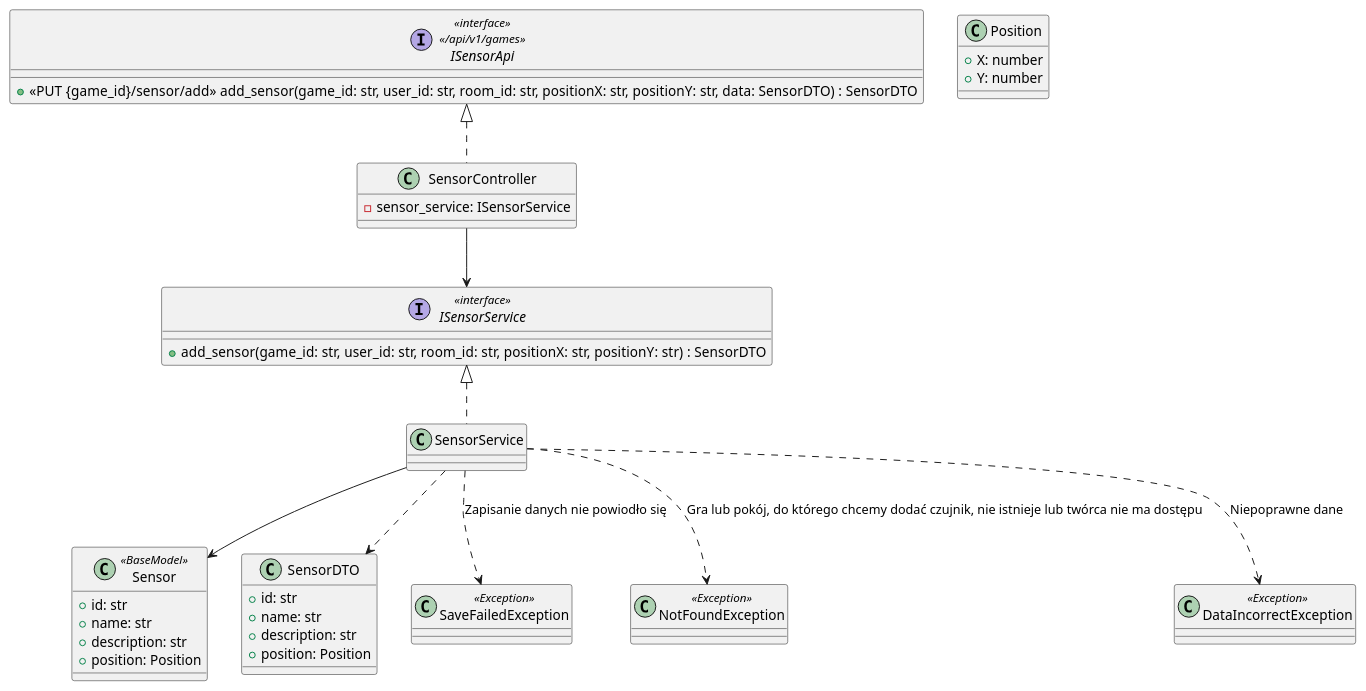
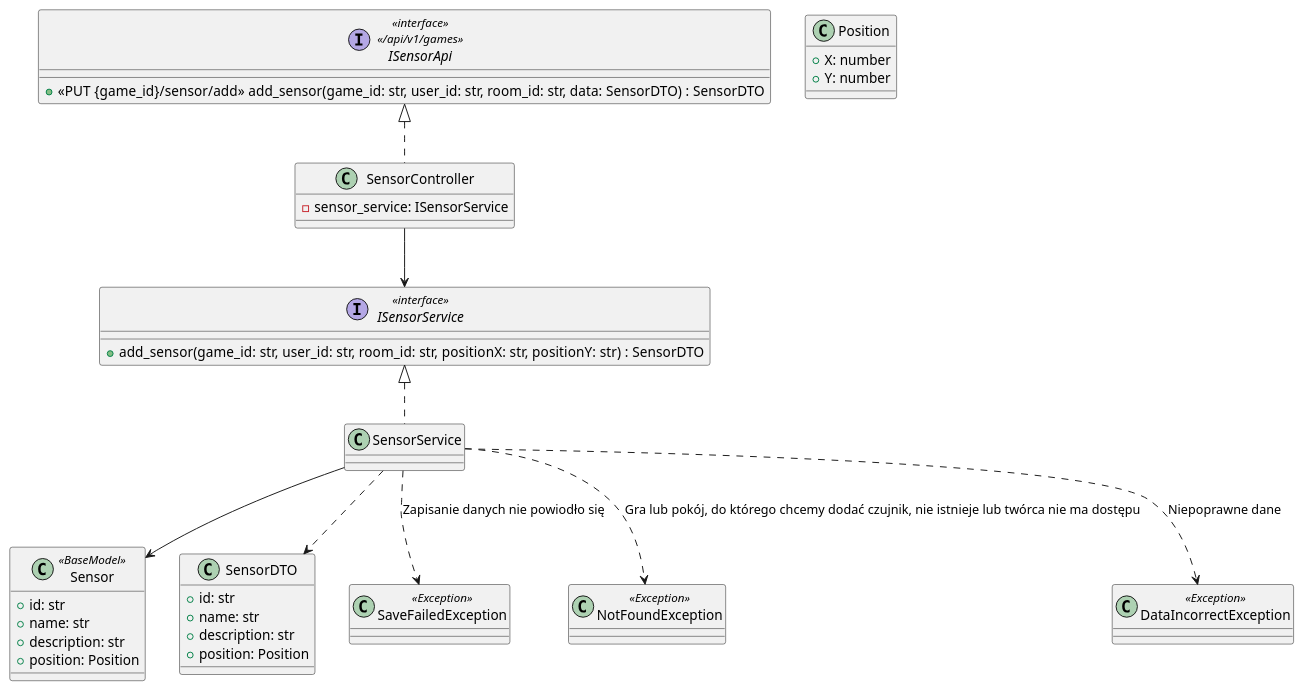
The diagram in diagrams/backend/sensor-definition.md (Igor-Ochocki/POP-2026Z), drawn with PlantUML before and after one commit.

Commit message:
remove position

````diff
--- a/diagrams/backend/sensor-definition.md
+++ b/diagrams/backend/sensor-definition.md
@@ -1,55 +1,55 @@
 ```plantuml
 interface ISensorApi <<interface>> \n<< /api/v1/games >> {
-    + <<PUT {game_id}/sensor/add>> add_sensor(game_id: str, user_id: str, room_id: str, positionX: str, positionY: str, data: SensorDTO) : SensorDTO
+    + <<PUT {game_id}/sensor/add>> add_sensor(game_id: str, user_id: str, room_id: str, data: SensorDTO) : SensorDTO
 }
 
 class SensorController implements ISensorApi {
     - sensor_service: ISensorService
 }
 
 interface ISensorService <<interface>> {
     + add_sensor(game_id: str, user_id: str, room_id: str, positionX: str, positionY: str) : SensorDTO
 }
 
 SensorController --> ISensorService
 
 class SensorService implements ISensorService {
 }
 
 class Sensor <<BaseModel>> {
     + id: str
     + name: str
     + description: str
     + position: Position
 }
 
 class SensorDTO {
     + id: str
     + name: str
     + description: str
     + position: Position
 }
 
 class Position {
     + X: number
     + Y: number
 }
 
 class SaveFailedException <<Exception>> {
 
 }
 
 class NotFoundException <<Exception>> {
 
 }
 
 class DataIncorrectException <<Exception>> {
 
 }
 
 SensorService --> Sensor
 SensorService ..> SensorDTO
 SensorService ..> NotFoundException : Gra lub pokój, do którego chcemy dodać czujnik, nie istnieje lub twórca nie ma dostępu
 SensorService ..> DataIncorrectException : Niepoprawne dane
 SensorService ..> SaveFailedException : Zapisanie danych nie powiodło się
 ```
````
